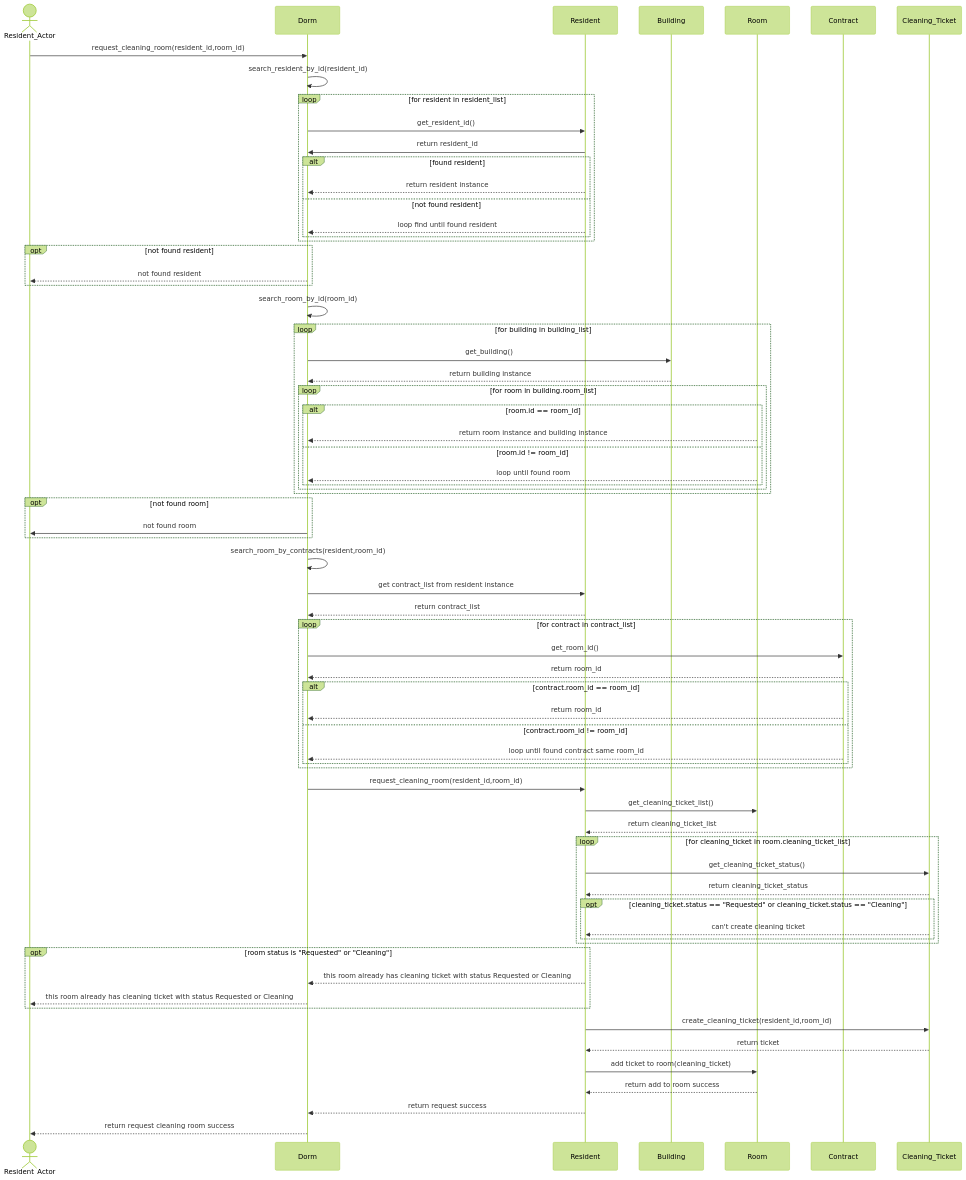
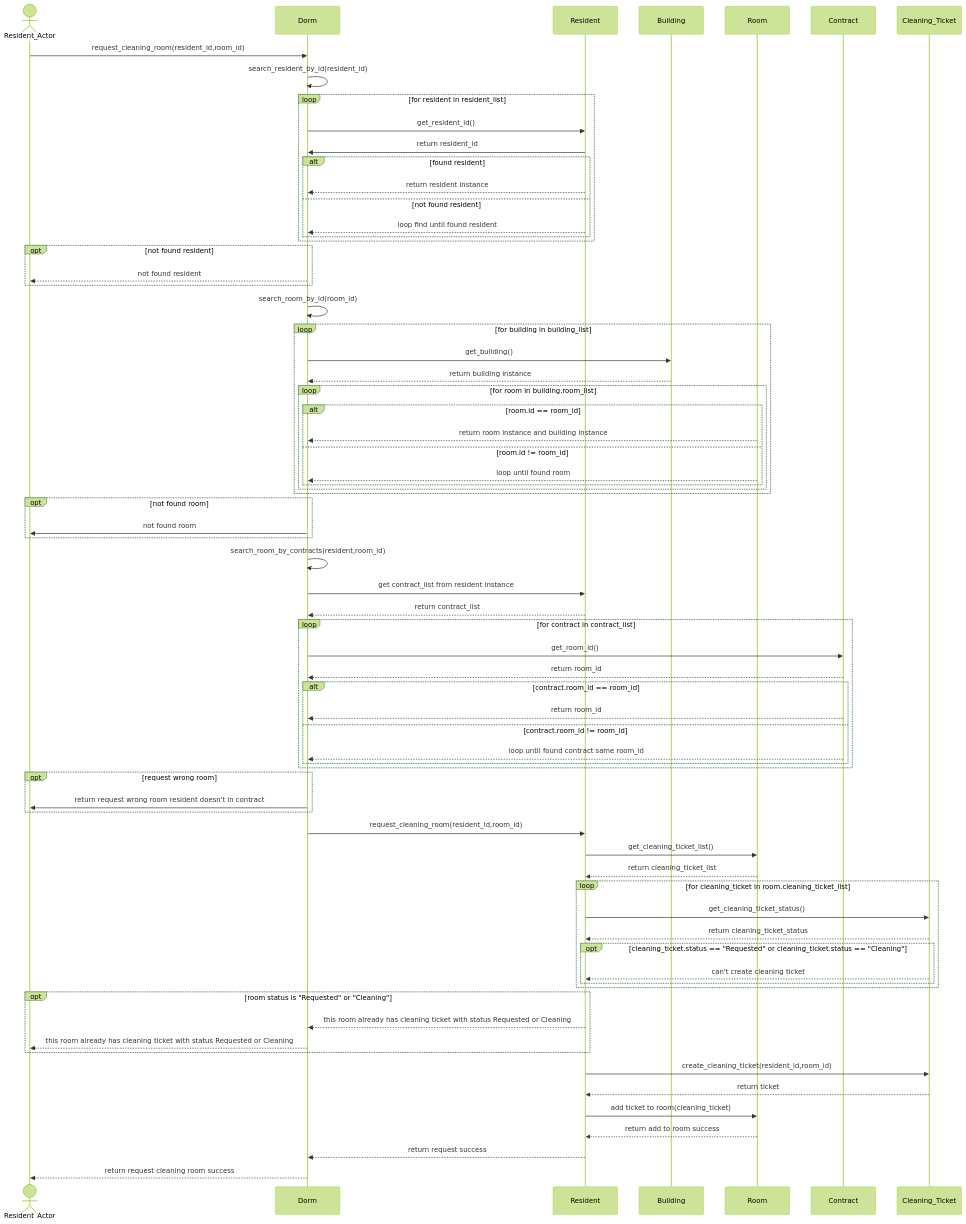
The diagram in sequence/change_contract/request_cleaning_room/request_cleaning_room.mmd (rnjjkk/Ducky-Dicka), drawn with Mermaid before and after one commit. The commit also changed 1 other file, not shown here.

Commit message:
add request wrong room in request_cleaning_room

```diff
--- a/sequence/change_contract/request_cleaning_room/request_cleaning_room.mmd
+++ b/sequence/change_contract/request_cleaning_room/request_cleaning_room.mmd
@@ -1,99 +1,103 @@
 %%{init: {"theme": "forest"}}%%
 sequenceDiagram
     %% participant
     actor resAc as Resident_Actor
     participant d as Dorm
     participant res as Resident
     participant b as Building
     participant room as Room
     participant contract as Contract
     participant cleaning_ticket as Cleaning_Ticket
 
     resAc ->> d:request_cleaning_room(resident_id,room_id)
 
     d ->> d:search_resident_by_id(resident_id)
 
     loop for resident in resident_list
 
         d ->> res:get_resident_id()
         res ->> d:return resident_id
 
         alt found resident
             res -->> d:return resident instance
         else not found resident
             res -->> d:loop find until found resident
         end
 
     end
 
     opt not found resident
         d -->> resAc:not found resident
     end
 
     d ->> d:search_room_by_id(room_id)
 
     loop for building in building_list
     
         d ->> b:get_building()
         b -->> d:return building instance
 
         loop for room in building.room_list
         
             alt room.id == room_id
                 room -->> d:return room instance and building instance
             else room.id != room_id
                 room -->>d:loop until found room
 
             end
         end
     end
 
     opt not found room
         d ->> resAc:not found room
     end
 
     d ->>d:search_room_by_contracts(resident,room_id)
 
     d ->> res:get contract_list from resident instance
     res -->> d:return contract_list
 
     loop for contract in contract_list
 
         d ->> contract:get_room_id()
         contract -->> d:return room_id
 
         alt contract.room_id == room_id
             contract -->> d:return room_id
         else contract.room_id != room_id
             contract -->> d:loop until found contract same room_id
         end
     
     end
     
+    opt request wrong room
+    d ->> resAc:return request wrong room resident doesn't in contract
+    end
+
     d ->> res:request_cleaning_room(resident_id,room_id)
     res ->> room:get_cleaning_ticket_list()
     room -->> res:return cleaning_ticket_list
     
     loop for cleaning_ticket in room.cleaning_ticket_list
 
         res ->> cleaning_ticket:get_cleaning_ticket_status()
         cleaning_ticket -->> res:return cleaning_ticket_status
 
         opt cleaning_ticket.status == "Requested" or cleaning_ticket.status == "Cleaning"
             cleaning_ticket -->> res:can't create cleaning ticket
         end
 
     end
     
     opt room status is "Requested" or "Cleaning"
         res -->> d:this room already has cleaning ticket with status Requested or Cleaning
         d -->> resAc:this room already has cleaning ticket with status Requested or Cleaning
     end
     
     
     res ->> cleaning_ticket:create_cleaning_ticket(resident_id,room_id)
     cleaning_ticket -->> res:return ticket 
     res ->> room:add ticket to room(cleaning_ticket)
     room -->> res:return add to room success
     res -->> d:return request success
     d -->> resAc:return request cleaning room success
```
